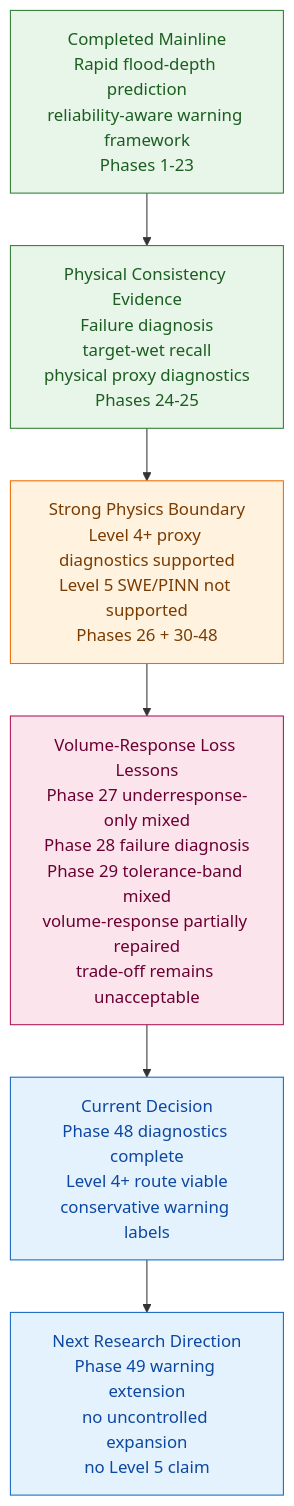
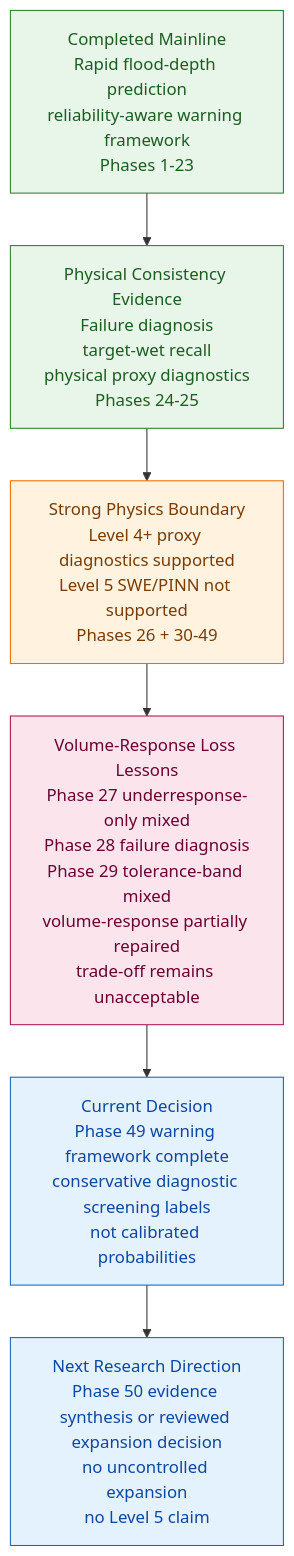
One commit to HolyLin990604/physics-guided-urban-flood-prediction changed the third of 3 diagrams in README.md. Above: the diagram before and after it, drawn with Mermaid. The commit also changed other lines of this file and 2 other files, not shown here.

Commit message:
docs: sync phase49 warning framework status

````diff
--- a/README.md
+++ b/README.md
@@ -494,16 +496,16 @@
 ```mermaid
 flowchart TD
     A["Completed Mainline<br/>Rapid flood-depth prediction<br/>reliability-aware warning framework<br/>Phases 1-23"]:::completed
     B["Physical Consistency Evidence<br/>Failure diagnosis<br/>target-wet recall<br/>physical proxy diagnostics<br/>Phases 24-25"]:::completed
-    C["Strong Physics Boundary<br/>Level 4+ proxy diagnostics supported<br/>Level 5 SWE/PINN not supported<br/>Phases 26 + 30-48"]:::boundary
+    C["Strong Physics Boundary<br/>Level 4+ proxy diagnostics supported<br/>Level 5 SWE/PINN not supported<br/>Phases 26 + 30-49"]:::boundary
     D["Volume-Response Loss Lessons<br/>Phase 27 underresponse-only mixed<br/>Phase 28 failure diagnosis<br/>Phase 29 tolerance-band mixed<br/>volume-response partially repaired<br/>trade-off remains unacceptable"]:::diagnosis
-    E["Current Decision<br/>Phase 48 diagnostics complete<br/>Level 4+ route viable<br/>conservative warning labels"]:::current
-    F["Next Research Direction<br/>Phase 49 warning extension<br/>no uncontrolled expansion<br/>no Level 5 claim"]:::current
+    E["Current Decision<br/>Phase 49 warning framework complete<br/>conservative diagnostic screening labels<br/>not calibrated probabilities"]:::current
+    F["Next Research Direction<br/>Phase 50 evidence synthesis or reviewed expansion decision<br/>no uncontrolled expansion<br/>no Level 5 claim"]:::current
 
     A --> B --> C --> D --> E --> F
 
     classDef completed fill:#e8f5e9,stroke:#2e7d32,color:#1b5e20
     classDef boundary fill:#fff3e0,stroke:#ef6c00,color:#7a3b00
     classDef diagnosis fill:#fce4ec,stroke:#ad1457,color:#6a0032
     classDef current fill:#e3f2fd,stroke:#1565c0,color:#0d47a1
 ```
````
